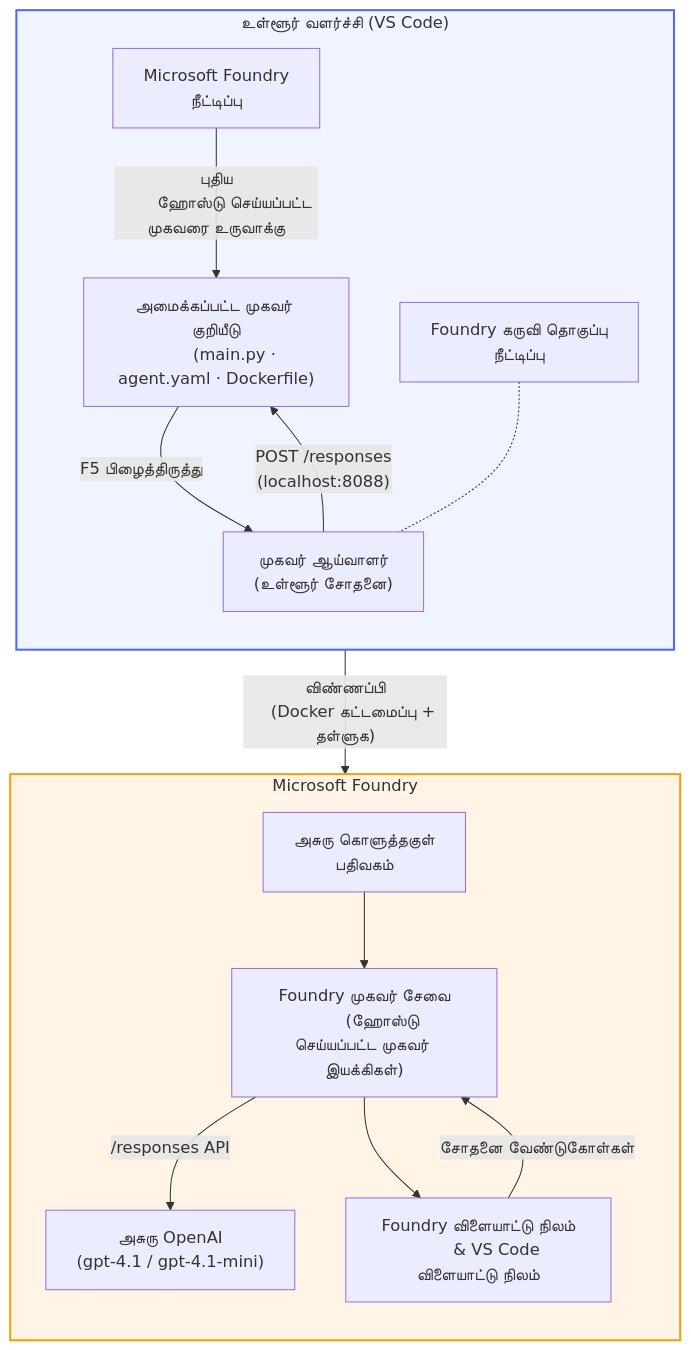
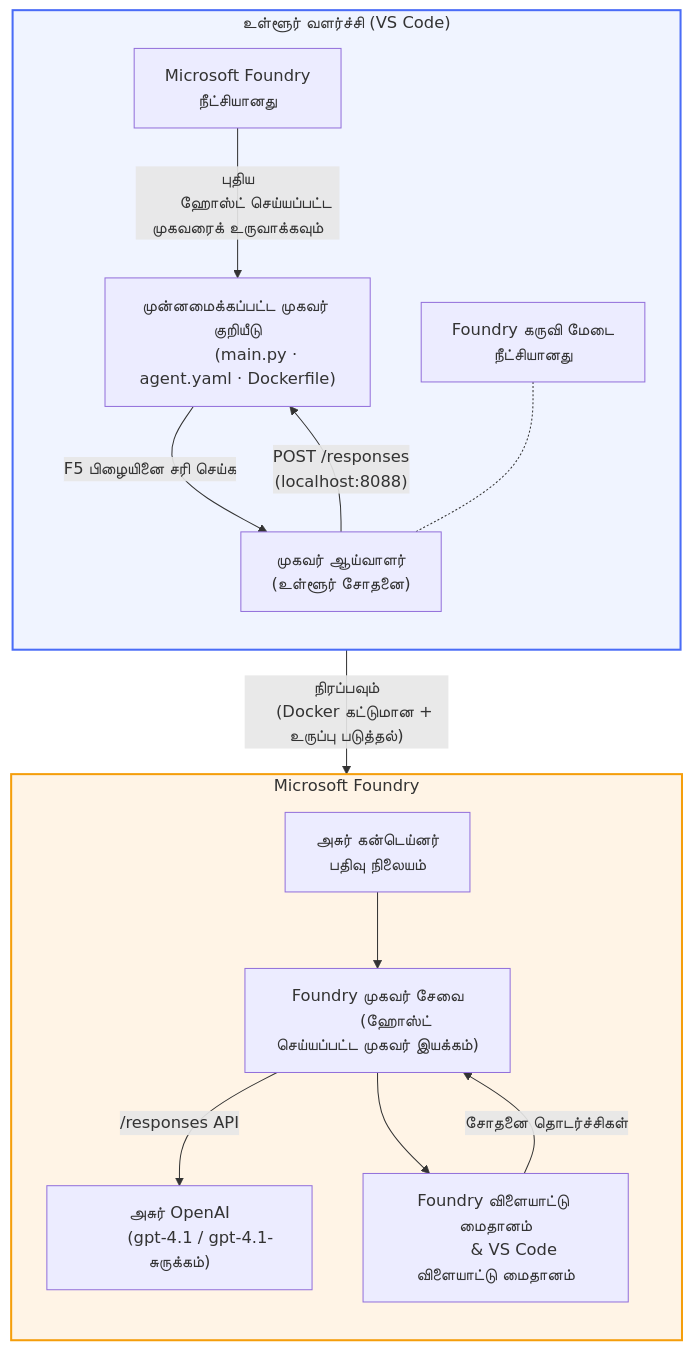
Before and after one commit to microsoft-foundry/Foundry_Toolkit_for_VSCode_Lab: the diagram in translations/ta/README.md, drawn with Mermaid. The commit also changed other lines of this file and 110 other files, not shown here.

````diff
--- a/translations/ta/README.md
+++ b/translations/ta/README.md
@@ -48,42 +52,42 @@
 ```mermaid
 flowchart TB
     subgraph Local["உள்ளூர் வளர்ச்சி (VS Code)"]
         direction TB
         FE["Microsoft Foundry
-        நீட்டிப்பு"]
-        FoundryToolkit["Foundry கருவி தொகுப்பு
-        நீட்டிப்பு"]
-        Scaffold["அமைக்கப்பட்ட முகவர் குறியீடு
+        நீட்சியானது"]
+        FoundryToolkit["Foundry கருவி மேடை
+        நீட்சியானது"]
+        Scaffold["முன்னமைக்கப்பட்ட முகவர் குறியீடு
         (main.py · agent.yaml · Dockerfile)"]
         Inspector["முகவர் ஆய்வாளர்
         (உள்ளூர் சோதனை)"]
         FE -- "புதிய
-        ஹோஸ்டு செய்யப்பட்ட முகவரை உருவாக்கு" --> Scaffold
-        Scaffold -- "F5 பிழைத்திருத்து" --> Inspector
+        ஹோஸ்ட் செய்யப்பட்ட முகவரைக் உருவாக்கவும்" --> Scaffold
+        Scaffold -- "F5 பிழையினை சரி செய்க" --> Inspector
         FoundryToolkit -.- Inspector
     end
 
     subgraph Cloud["Microsoft Foundry"]
         direction TB
-        ACR["அசுரு கொளுத்தகுள்
-        பதிவகம்"]
+        ACR["அசுர் கன்டெய்னர்
+        பதிவு நிலையம்"]
         AgentService["Foundry முகவர் சேவை
-        (ஹோஸ்டு செய்யப்பட்ட முகவர் இயக்கிகள்)"]
-        Model["அசுரு OpenAI
-        (gpt-4.1 / gpt-4.1-mini)"]
-        Playground["Foundry விளையாட்டு நிலம்
-        & VS Code விளையாட்டு நிலம்"]
+        (ஹோஸ்ட் செய்யப்பட்ட முகவர் இயக்கம்)"]
+        Model["அசுர் OpenAI
+        (gpt-4.1 / gpt-4.1-சுருக்கம்)"]
+        Playground["Foundry விளையாட்டு மைதானம்
+        & VS Code விளையாட்டு மைதானம்"]
         ACR --> AgentService
         AgentService -- "/responses API" --> Model
         AgentService --> Playground
     end
 
-    Scaffold -- "விண்ணப்பி
-    (Docker கட்டமைப்பு + தள்ளுக)" --> ACR
+    Scaffold -- "நிரப்பவும்
+    (Docker கட்டுமான + உருப்பு படுத்தல்)" --> ACR
     Inspector -- "POST /responses
     (localhost:8088)" --> Scaffold
-    Playground -- "சோதனை வேண்டுகோள்கள்" --> AgentService
+    Playground -- "சோதனை தொடர்ச்சிகள்" --> AgentService
 
     style Local fill:#f0f4ff,stroke:#4a6cf7,stroke-width:2px
     style Cloud fill:#fff4e6,stroke:#f59e0b,stroke-width:2px
 ```
````
